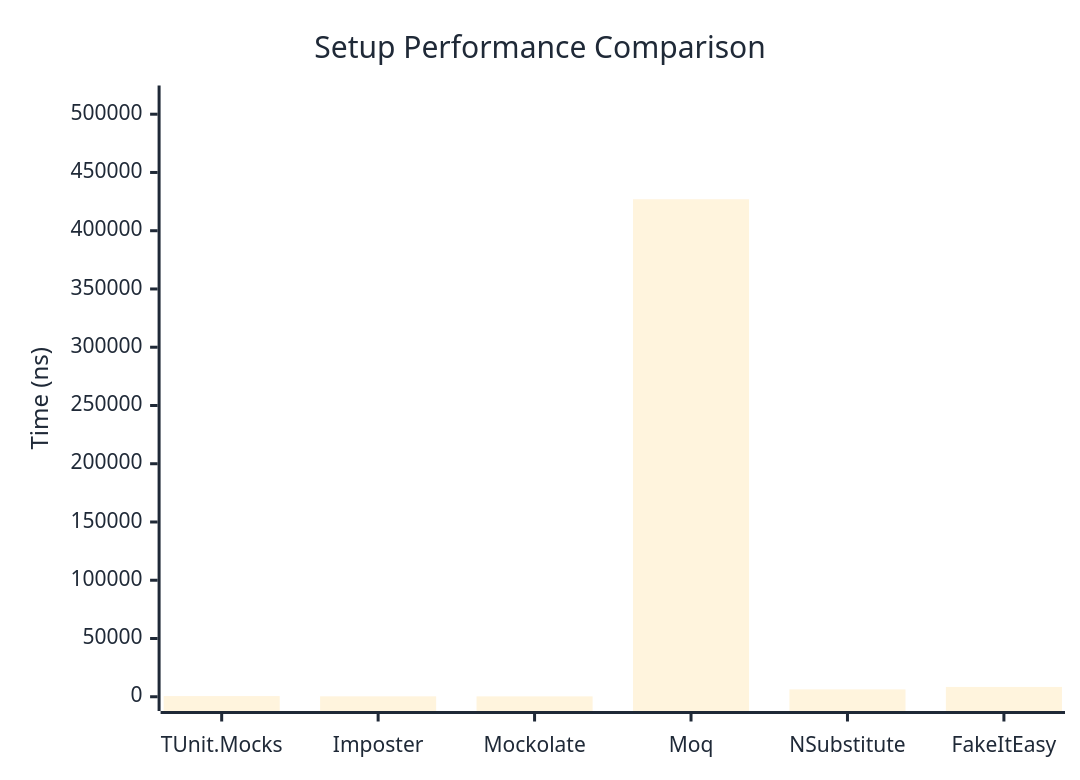
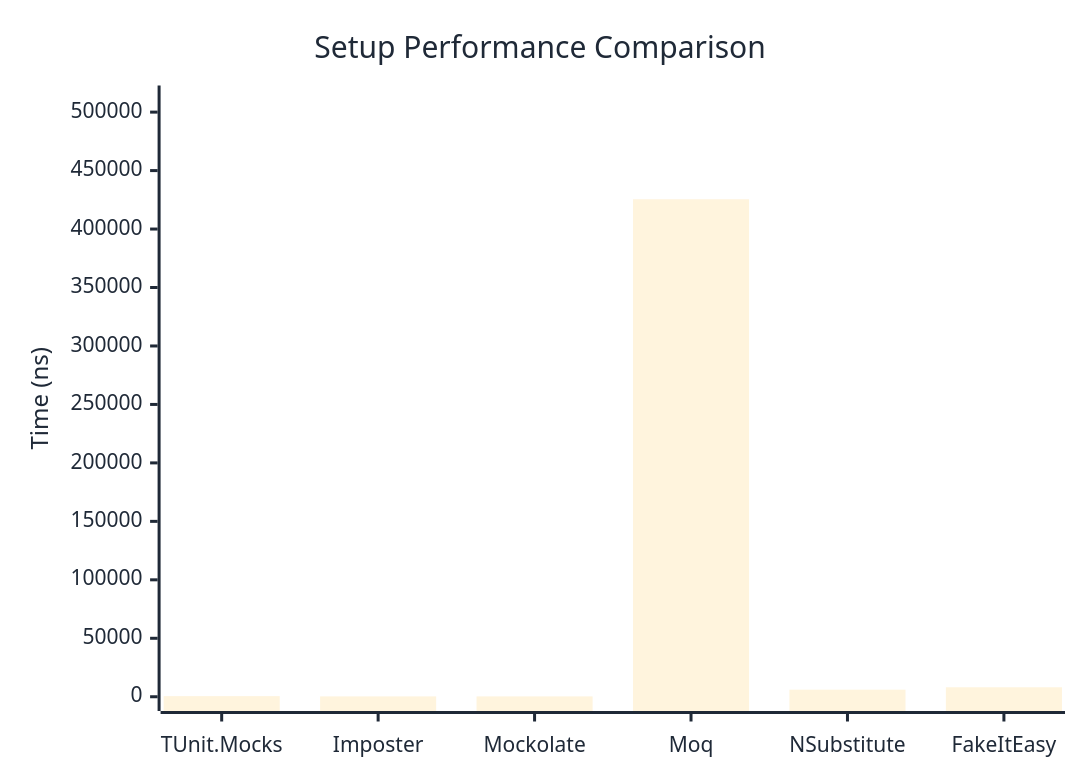
Before and after one commit to thomhurst/TUnit: the first of 2 diagrams in docs/docs/benchmarks/mocks/Setup.md, drawn with Mermaid. The commit also changed other lines of this file and 14 other files, not shown here.

````diff
--- a/docs/docs/benchmarks/mocks/Setup.md
+++ b/docs/docs/benchmarks/mocks/Setup.md
@@ -30,27 +30,27 @@
 ```mermaid
 %%{init: {
   'theme':'base',
   'themeVariables': {
     'primaryColor': '#2563eb',
     'primaryTextColor': '#1f2937',
     'primaryBorderColor': '#1e40af',
     'lineColor': '#6b7280',
     'secondaryColor': '#7c3aed',
     'tertiaryColor': '#dc2626',
     'background': '#ffffff',
     'pie1': '#2563eb',
     'pie2': '#7c3aed',
     'pie3': '#dc2626',
     'pie4': '#f59e0b',
     'pie5': '#10b981',
     'pie6': '#06b6d4',
     'pie7': '#ec4899',
     'pie8': '#6366f1'
   }
 }}%%
 xychart-beta
   title "Setup Performance Comparison"
   x-axis ["TUnit.Mocks", "Imposter", "Mockolate", "Moq", "NSubstitute", "FakeItEasy"]
-  y-axis "Time (ns)" 0 --> 512408
-  bar [576.1, 361.3, 324.3, 427006.6, 6312.5, 8430.8]
+  y-axis "Time (ns)" 0 --> 510581
+  bar [533.3, 315.1, 298, 425483.6, 6054.4, 8110]
 ```
````
